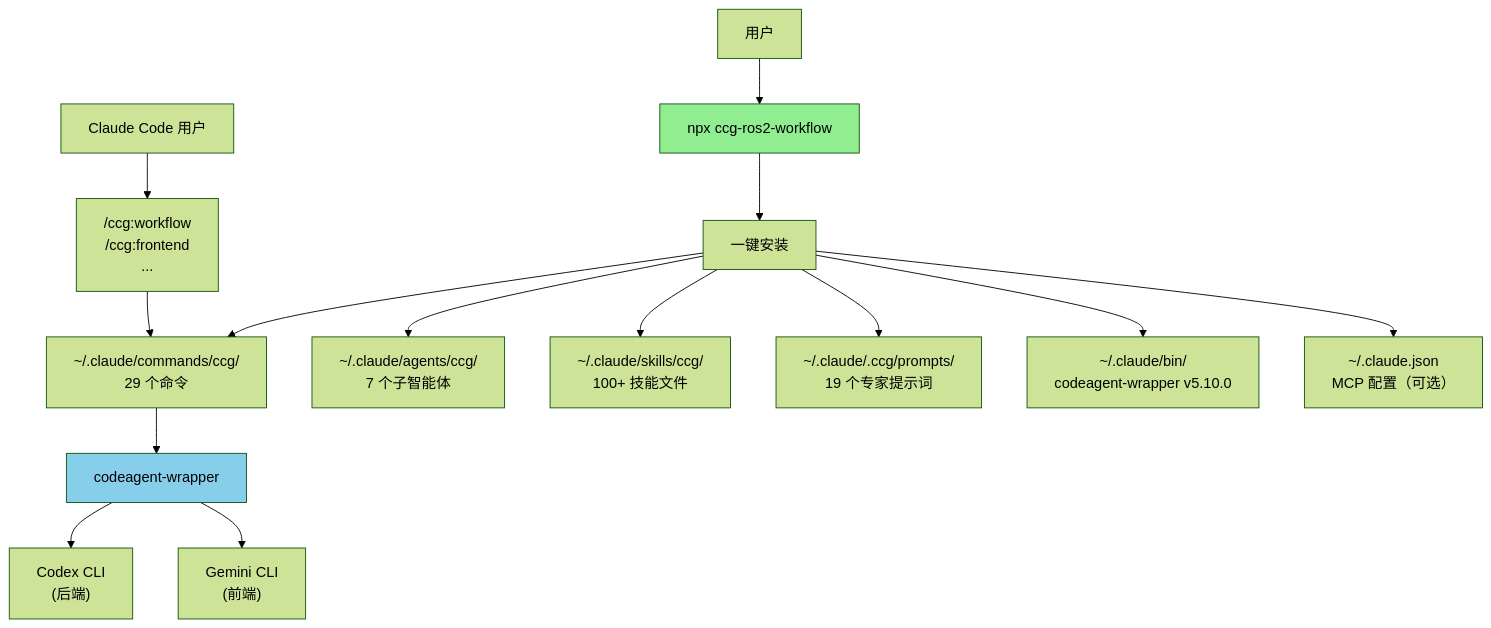
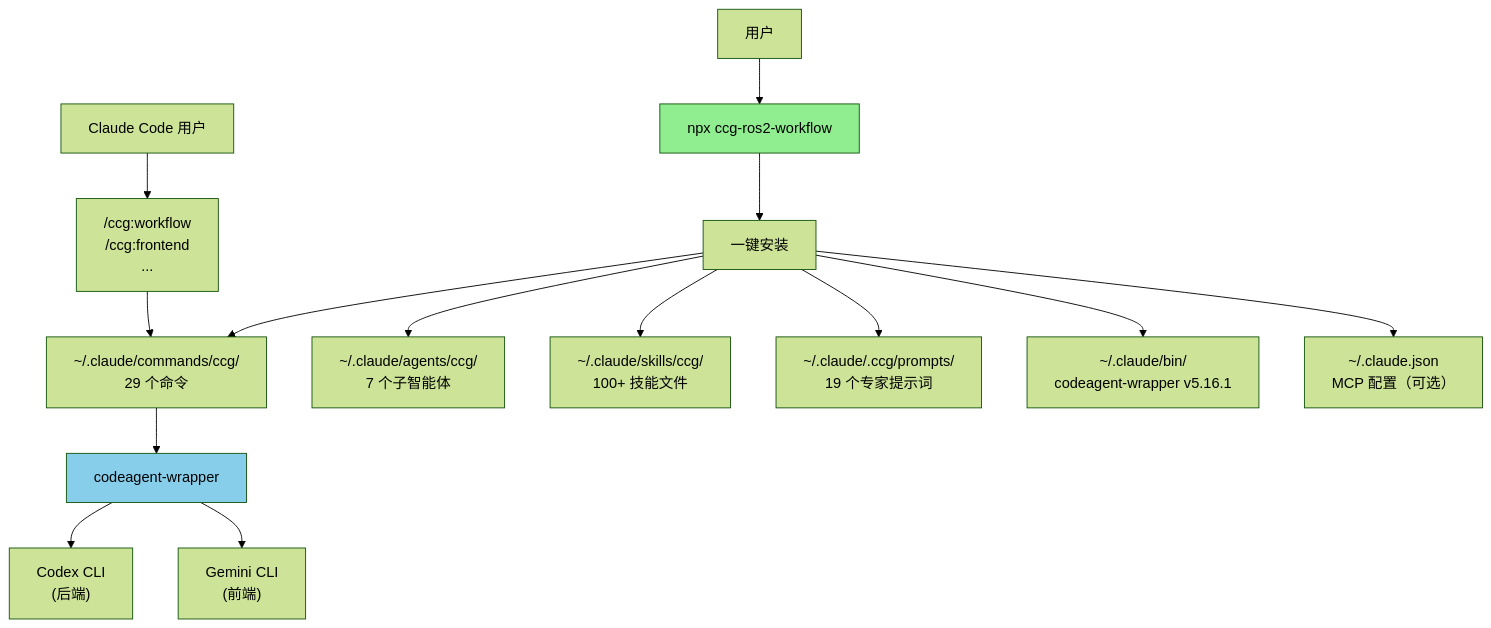
Before and after one commit to GuYu-001/ccg-ros2-workflow: the diagram in CLAUDE.md, drawn with Mermaid (forest theme). The commit also changed other lines of this file and 7 other files, not shown here.

````diff
--- a/CLAUDE.md
+++ b/CLAUDE.md
@@ -685,22 +691,22 @@
 ```mermaid
 graph TD
     User["用户"] --> CLI["npx ccg-ros2-workflow"]
     CLI --> Init["一键安装"]
 
     Init --> Commands["~/.claude/commands/ccg/<br/>29 个命令"]
     Init --> Agents["~/.claude/agents/ccg/<br/>7 个子智能体"]
     Init --> Skills["~/.claude/skills/ccg/<br/>100+ 技能文件"]
     Init --> Prompts["~/.claude/.ccg/prompts/<br/>19 个专家提示词"]
-    Init --> Binary["~/.claude/bin/<br/>codeagent-wrapper v5.10.0"]
+    Init --> Binary["~/.claude/bin/<br/>codeagent-wrapper v5.16.1"]
     Init --> MCP["~/.claude.json<br/>MCP 配置（可选）"]
 
     User2["Claude Code 用户"] --> SlashCmd["/ccg:workflow<br/>/ccg:frontend<br/>..."]
     SlashCmd --> Commands
 
     Commands --> Wrapper["codeagent-wrapper"]
     Wrapper --> Codex["Codex CLI<br/>(后端)"]
     Wrapper --> Gemini["Gemini CLI<br/>(前端)"]
 
     style CLI fill:#90EE90
     style Wrapper fill:#87CEEB
 ```
````
